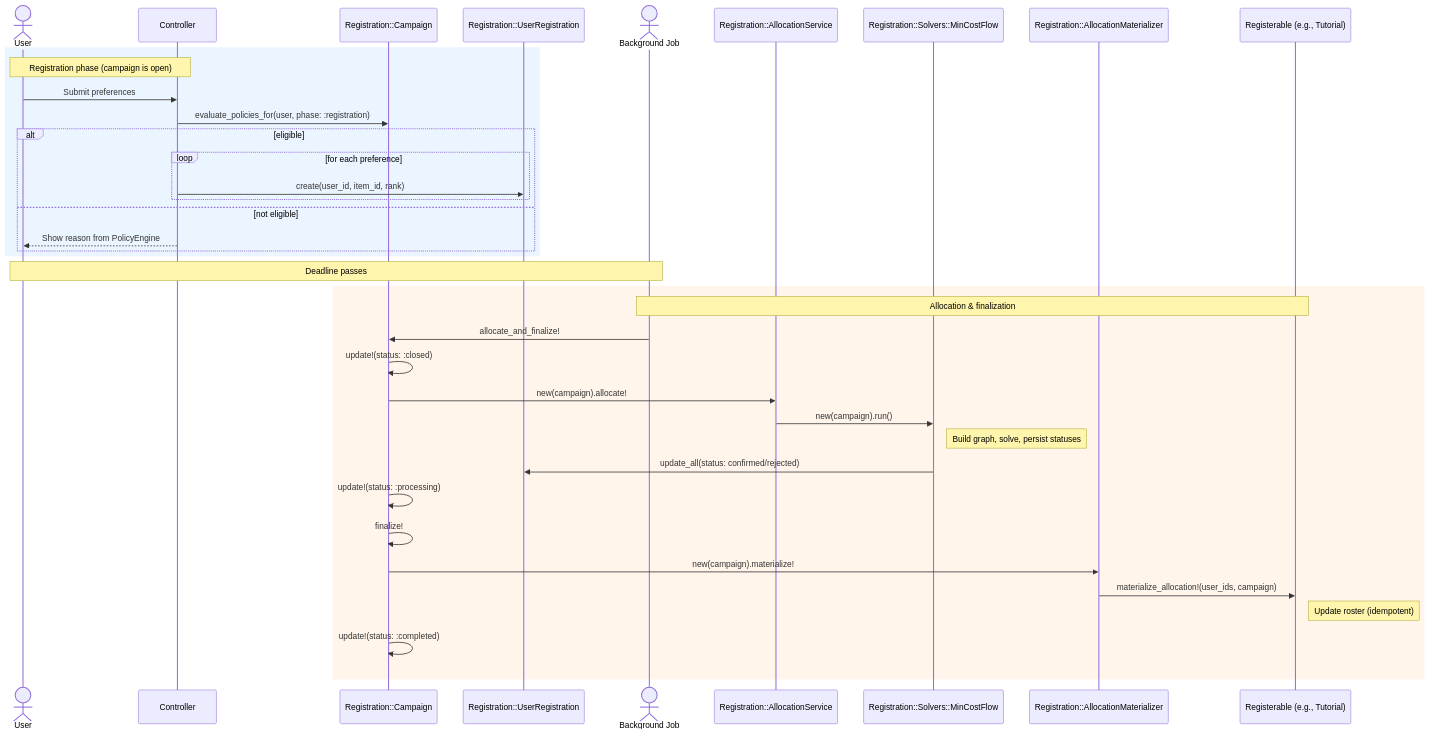
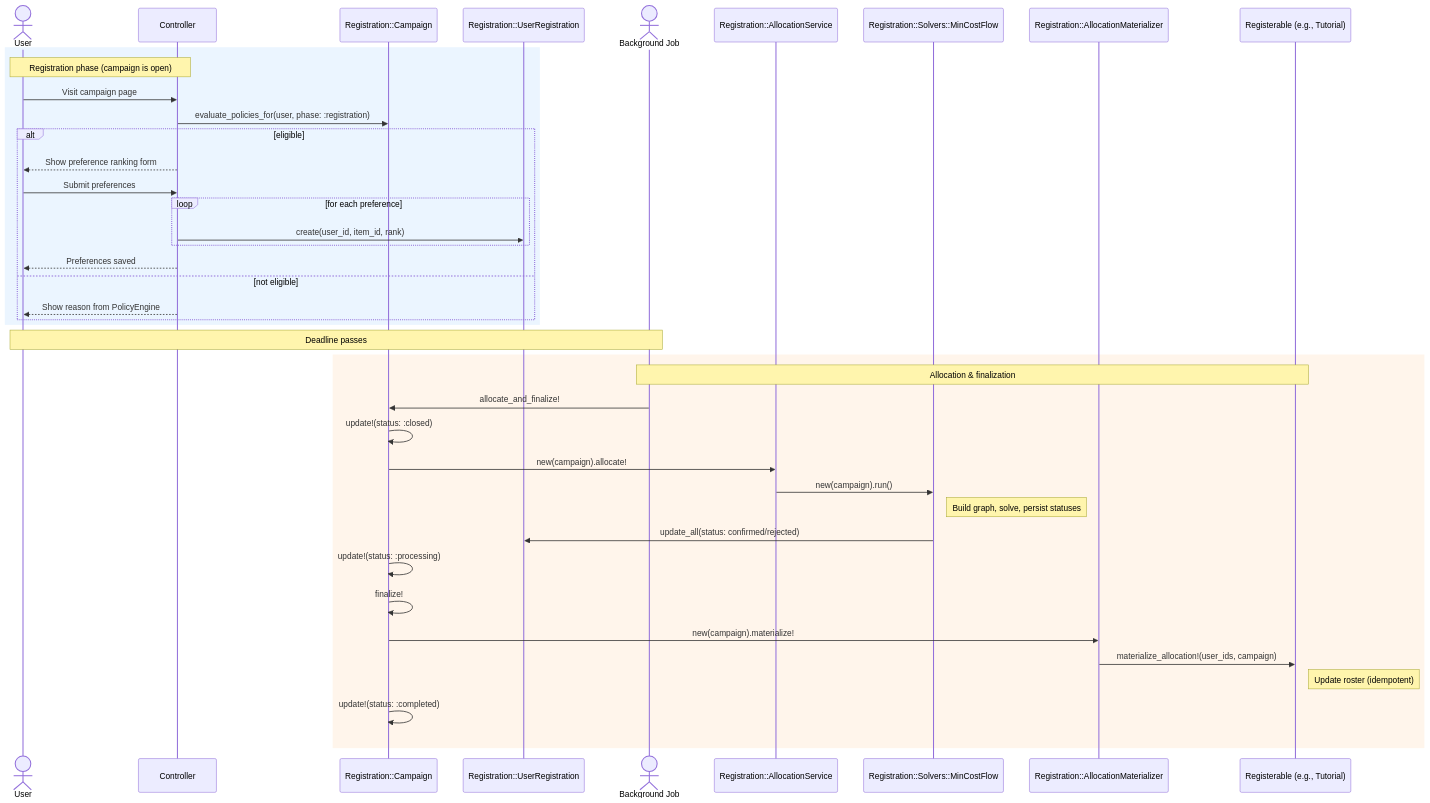
One commit to MaMpf-HD/mampf changed the fourth of 6 diagrams in architecture/src/features/02-registration.md. Above: the diagram before and after it, drawn with Mermaid. The commit also changed other lines of this file and 4 other files, not shown here.

````diff
--- a/architecture/src/features/02-registration.md
+++ b/architecture/src/features/02-registration.md
@@ -1232,43 +1232,46 @@
 ```mermaid
 sequenceDiagram
     actor User
     participant Controller
     participant Campaign as Registration::Campaign
     participant UserReg as Registration::UserRegistration
     actor Job as Background Job
-  participant AllocationSvc as Registration::AllocationService
+    participant AllocationSvc as Registration::AllocationService
     participant Solver as Registration::Solvers::MinCostFlow
     participant Materializer as Registration::AllocationMaterializer
     participant RegTarget as Registerable (e.g., Tutorial)
 
     rect rgb(235, 245, 255)
     note over User,Controller: Registration phase (campaign is open)
-    User->>Controller: Submit preferences
-  Controller->>Campaign: evaluate_policies_for(user, phase: :registration)
+    User->>Controller: Visit campaign page
+    Controller->>Campaign: evaluate_policies_for(user, phase: :registration)
     alt eligible
-      loop for each preference
-        Controller->>UserReg: create(user_id, item_id, rank)
-      end
+        Controller-->>User: Show preference ranking form
+        User->>Controller: Submit preferences
+        loop for each preference
+            Controller->>UserReg: create(user_id, item_id, rank)
+        end
+        Controller-->>User: Preferences saved
     else not eligible
-      Controller-->>User: Show reason from PolicyEngine
+        Controller-->>User: Show reason from PolicyEngine
     end
     end
 
     note over User,Job: Deadline passes
 
-  rect rgb(255, 245, 235)
-  note over Job,RegTarget: Allocation & finalization
-  Job->>Campaign: allocate_and_finalize!
+    rect rgb(255, 245, 235)
+    note over Job,RegTarget: Allocation & finalization
+    Job->>Campaign: allocate_and_finalize!
     Campaign->>Campaign: update!(status: :closed)
-  Campaign->>AllocationSvc: new(campaign).allocate!
-  AllocationSvc->>Solver: new(campaign).run()
+    Campaign->>AllocationSvc: new(campaign).allocate!
+    AllocationSvc->>Solver: new(campaign).run()
     note right of Solver: Build graph, solve, persist statuses
     Solver->>UserReg: update_all(status: confirmed/rejected)
     Campaign->>Campaign: update!(status: :processing)
     Campaign->>Campaign: finalize!
     Campaign->>Materializer: new(campaign).materialize!
     Materializer->>RegTarget: materialize_allocation!(user_ids, campaign)
     note right of RegTarget: Update roster (idempotent)
     Campaign->>Campaign: update!(status: :completed)
     end
 ```
````
